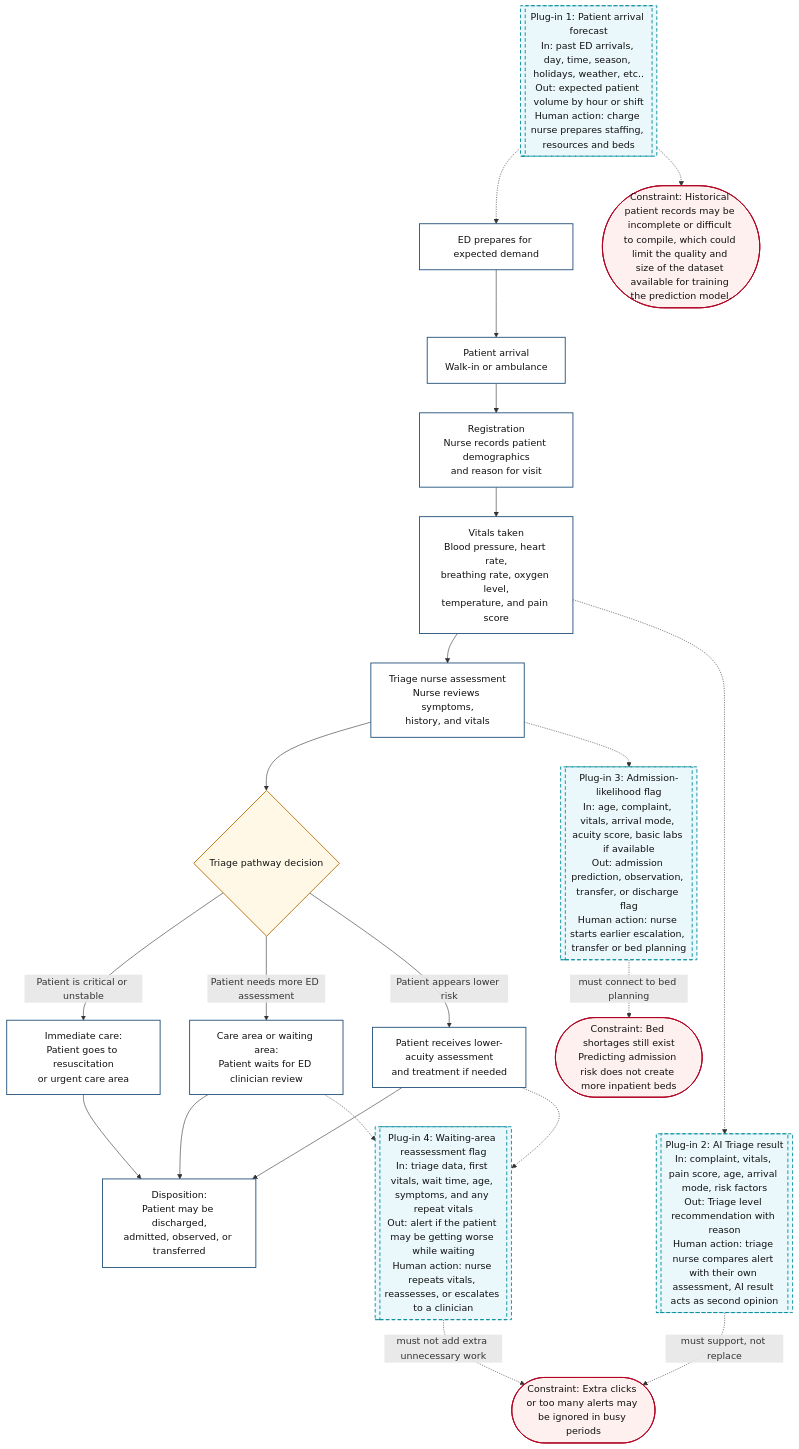
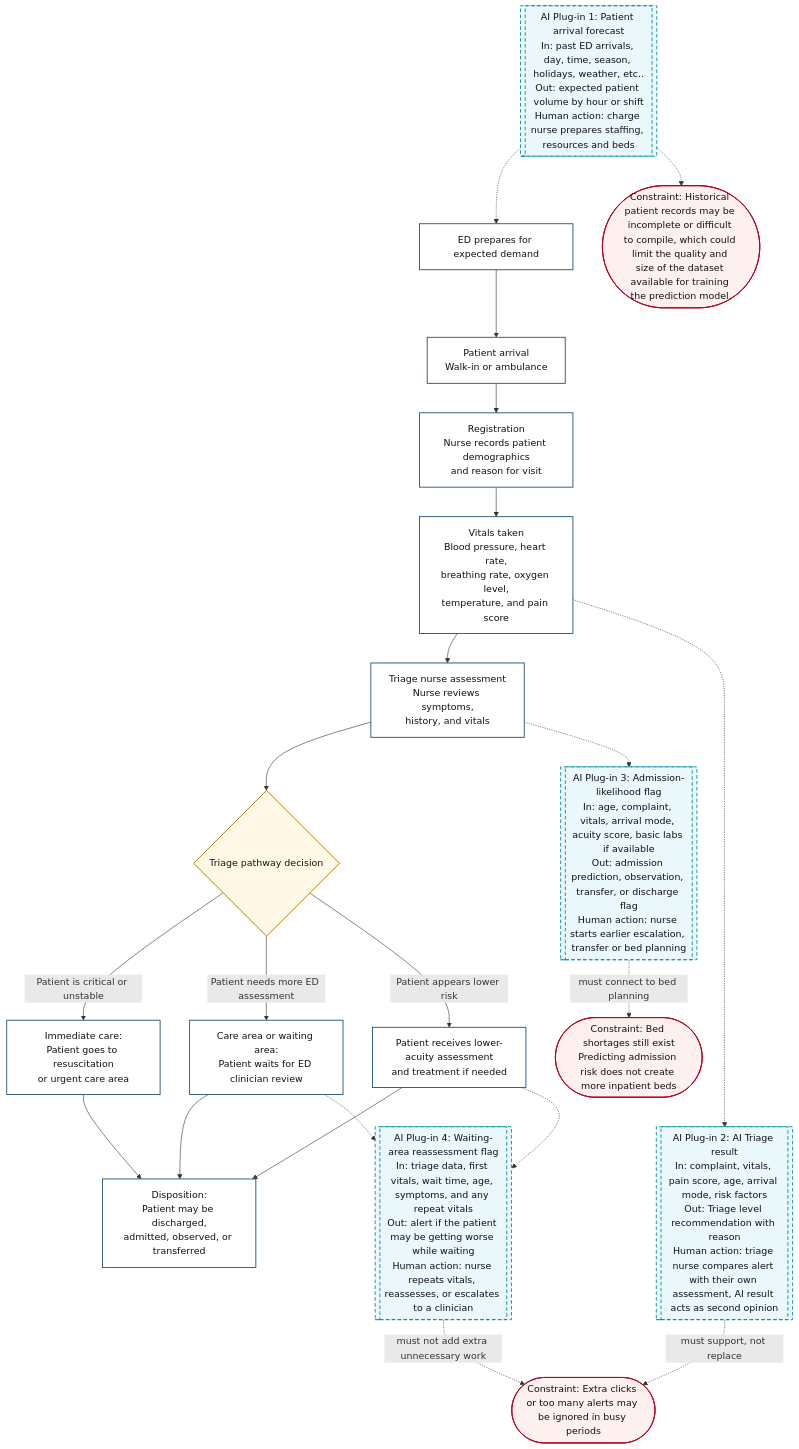
Before and after one commit to tinadams/carisurg-portfolio: the diagram in docs/week_3_workflow_diagram.md, drawn with Mermaid.

Commit message:
Update AI plug-in labels in workflow diagram

````diff
--- a/docs/week_3_workflow_diagram.md
+++ b/docs/week_3_workflow_diagram.md
@@ -1,61 +1,61 @@
 ```mermaid
 flowchart TD
 
 A[Patient arrival<br/>Walk-in or ambulance] --> B[Registration<br/>Nurse records patient demographics<br/>and reason for visit]
 
 B --> C[Vitals taken<br/>Blood pressure, heart rate,<br/>breathing rate, oxygen level,<br/>temperature, and pain score]
 
 C --> D[Triage nurse assessment<br/>Nurse reviews symptoms,<br/>history, and vitals]
 
 D --> E{Triage pathway decision}
 
 E -->|Patient is critical or unstable| F[Immediate care:<br/>Patient goes to resuscitation<br/>or urgent care area]
 
 E -->|Patient needs more ED assessment| G[Care area or waiting area:<br/>Patient waits for ED clinician review]
 
 E -->|Patient appears lower risk| H[Patient receives lower-acuity assessment<br/>and treatment if needed]
 
 H --> I[Disposition:<br/>Patient may be discharged,<br/>admitted, observed, or transferred]
 
 F --> I[Disposition:<br/>Patient may be discharged,<br/>admitted, observed, or transferred]
 
 G --> I[Disposition:<br/>Patient may be discharged,<br/>admitted, observed, or transferred]
 
-AI1[[Plug-in 1: Patient arrival forecast<br/>In: past ED arrivals, day, time, season, holidays, weather, etc..<br/>Out: expected patient volume by hour or shift<br/>Human action: charge nurse prepares staffing, resources and beds]]
+AI1[[AI Plug-in 1: Patient arrival forecast<br/>In: past ED arrivals, day, time, season, holidays, weather, etc..<br/>Out: expected patient volume by hour or shift<br/>Human action: charge nurse prepares staffing, resources and beds]]
 
-AI2[[Plug-in 2: AI Triage result<br/>In: complaint, vitals, pain score, age, arrival mode, risk factors<br/>Out: Triage level recommendation with reason<br/>Human action: triage nurse compares alert with their own assessment, AI result acts as second opinion]]
+AI2[[AI Plug-in 2: AI Triage result<br/>In: complaint, vitals, pain score, age, arrival mode, risk factors<br/>Out: Triage level recommendation with reason<br/>Human action: triage nurse compares alert with their own assessment, AI result acts as second opinion]]
 
-AI3[[Plug-in 3: Admission-likelihood flag<br/>In: age, complaint, vitals, arrival mode, acuity score, basic labs if available<br/>Out: admission prediction, observation, transfer, or discharge flag<br/>Human action: nurse starts earlier escalation, transfer or bed planning]]
+AI3[[AI Plug-in 3: Admission-likelihood flag<br/>In: age, complaint, vitals, arrival mode, acuity score, basic labs if available<br/>Out: admission prediction, observation, transfer, or discharge flag<br/>Human action: nurse starts earlier escalation, transfer or bed planning]]
 
-AI4[[Plug-in 4: Waiting-area reassessment flag<br/>In: triage data, first vitals, wait time, age, symptoms, and any repeat vitals<br/>Out: alert if the patient may be getting worse while waiting<br/>Human action: nurse repeats vitals, reassesses, or escalates to a clinician]]
+AI4[[AI Plug-in 4: Waiting-area reassessment flag<br/>In: triage data, first vitals, wait time, age, symptoms, and any repeat vitals<br/>Out: alert if the patient may be getting worse while waiting<br/>Human action: nurse repeats vitals, reassesses, or escalates to a clinician]]
 
 PRE[ED prepares for expected demand]
 
 AI1 -.-> PRE
 PRE --> A
 D -.-> AI3
 C -.-> AI2
 G -.-> AI4
 H -.-> AI4
 
 C1([Constraint: Historical patient records may be incomplete or difficult to compile, which could limit the quality and size of the dataset available for training the prediction model.])
 
 C2([Constraint: Extra clicks or too many alerts may be ignored in busy periods])
 
 C3([Constraint: Bed shortages still exist<br/>Predicting admission risk does not create more inpatient beds])
 
 AI1 -.-> C1
 AI2 -. must support, not replace .-> C2
 AI3 -. must connect to bed planning .-> C3
 AI4 -. must not add extra unnecessary work .-> C2
 
 classDef process fill:#ffffff,stroke:#1f4e79,stroke-width:1.5px,color:#111;
 classDef decision fill:#fff8e6,stroke:#b36b00,stroke-width:1.5px,color:#111;
 classDef ai fill:#eaf7fb,stroke:#008c99,stroke-width:1.5px,stroke-dasharray: 6 4,color:#111;
 classDef constraint fill:#fff0f0,stroke:#b00020,stroke-width:1.5px,color:#111;
 
 class A,B,C,D,F,G,H,I,PRE process;
 class E decision;
 class AI1,AI2,AI3,AI4 ai;
 class C1,C2,C3 constraint;
 ```
````
